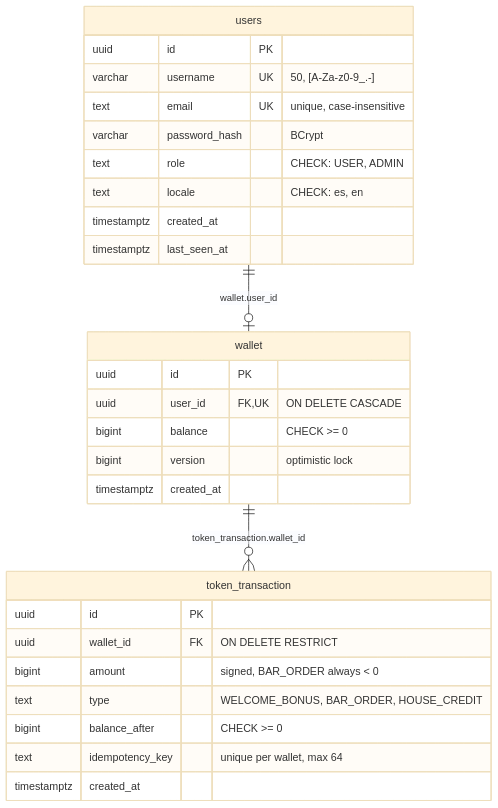
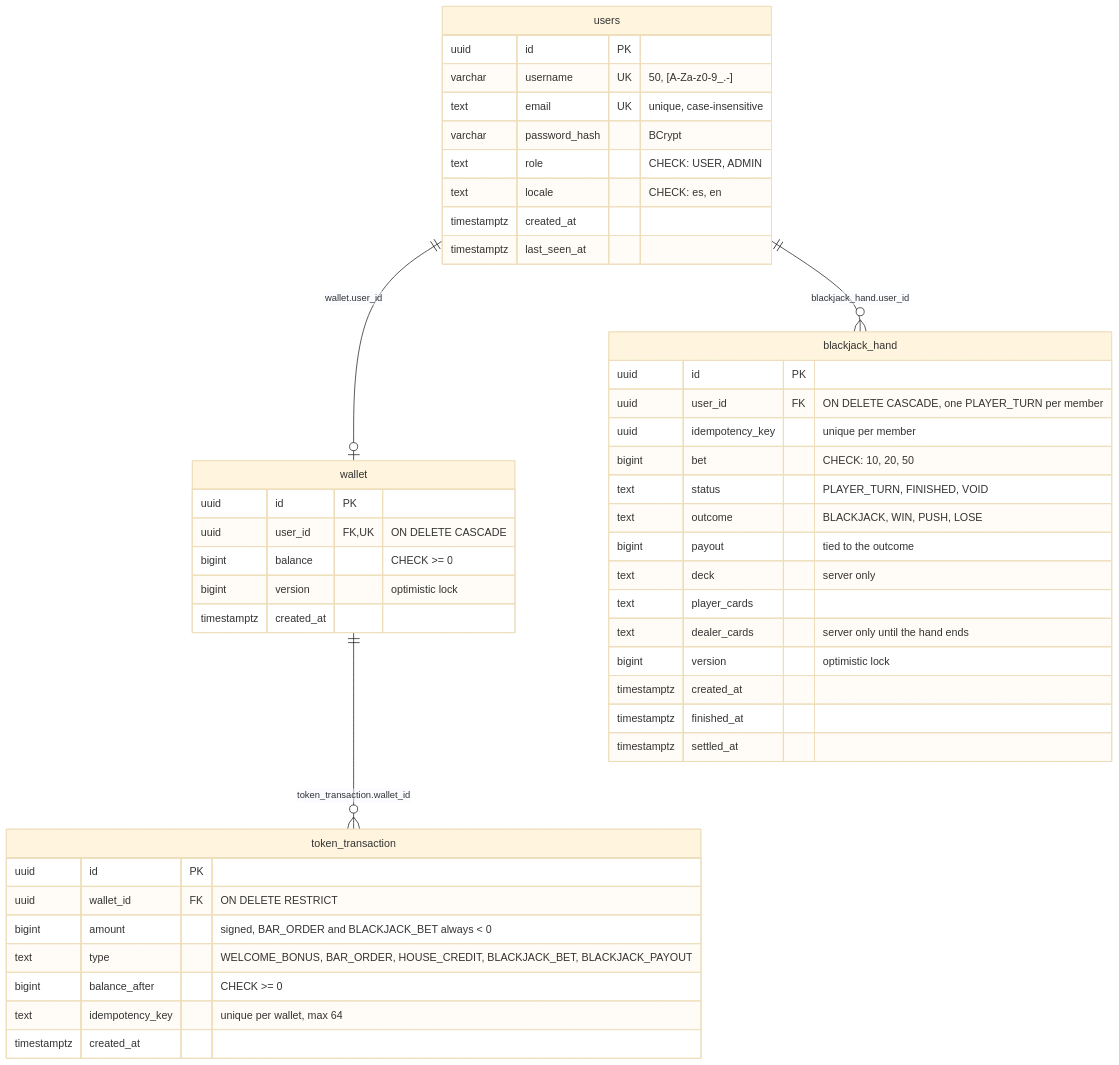
The third of 3 diagrams in README.md (iulian640/iulianlounge-backend), drawn with Mermaid (base theme) before and after one commit. The commit also changed other lines of this file and 3 other files, not shown here.

Commit message:
docs: blackjack in the diagrams, README and architecture (V7) IUL-75

````diff
--- a/README.md
+++ b/README.md
@@ -124,34 +128,52 @@
 ```mermaid
 erDiagram
     users ||--o| wallet : "wallet.user_id"
     wallet ||--o{ token_transaction : "token_transaction.wallet_id"
+    users ||--o{ blackjack_hand : "blackjack_hand.user_id"
 
     users {
         uuid id PK
         varchar username UK "50, [A-Za-z0-9_.-]"
         text email UK "unique, case-insensitive"
         varchar password_hash "BCrypt"
         text role "CHECK: USER, ADMIN"
         text locale "CHECK: es, en"
         timestamptz created_at
         timestamptz last_seen_at
     }
 
     wallet {
         uuid id PK
         uuid user_id FK,UK "ON DELETE CASCADE"
         bigint balance "CHECK >= 0"
         bigint version "optimistic lock"
         timestamptz created_at
     }
 
     token_transaction {
         uuid id PK
         uuid wallet_id FK "ON DELETE RESTRICT"
-        bigint amount "signed, BAR_ORDER always < 0"
-        text type "WELCOME_BONUS, BAR_ORDER, HOUSE_CREDIT"
+        bigint amount "signed, BAR_ORDER and BLACKJACK_BET always < 0"
+        text type "WELCOME_BONUS, BAR_ORDER, HOUSE_CREDIT, BLACKJACK_BET, BLACKJACK_PAYOUT"
         bigint balance_after "CHECK >= 0"
         text idempotency_key "unique per wallet, max 64"
         timestamptz created_at
     }
+
+    blackjack_hand {
+        uuid id PK
+        uuid user_id FK "ON DELETE CASCADE, one PLAYER_TURN per member"
+        uuid idempotency_key "unique per member"
+        bigint bet "CHECK: 10, 20, 50"
+        text status "PLAYER_TURN, FINISHED, VOID"
+        text outcome "BLACKJACK, WIN, PUSH, LOSE"
+        bigint payout "tied to the outcome"
+        text deck "server only"
+        text player_cards
+        text dealer_cards "server only until the hand ends"
+        bigint version "optimistic lock"
+        timestamptz created_at
+        timestamptz finished_at
+        timestamptz settled_at
+    }
 ```
````
